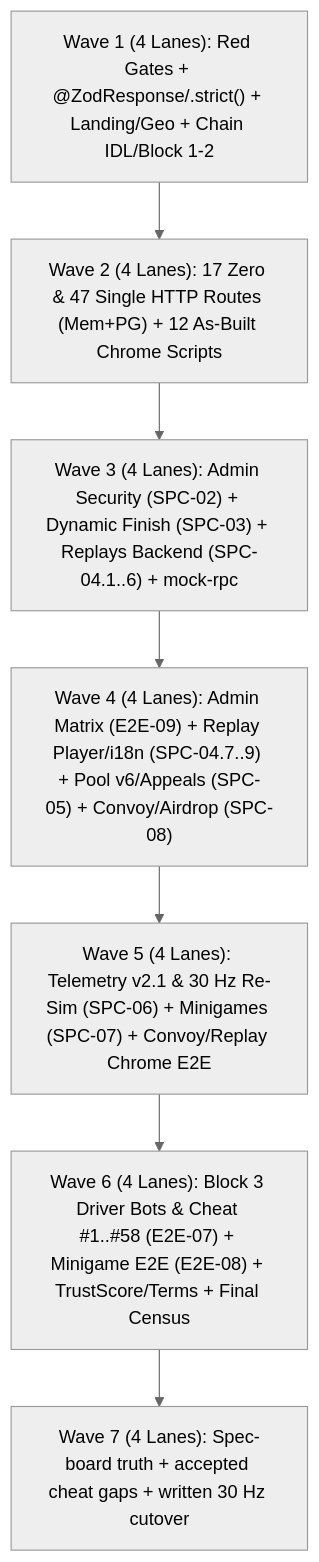
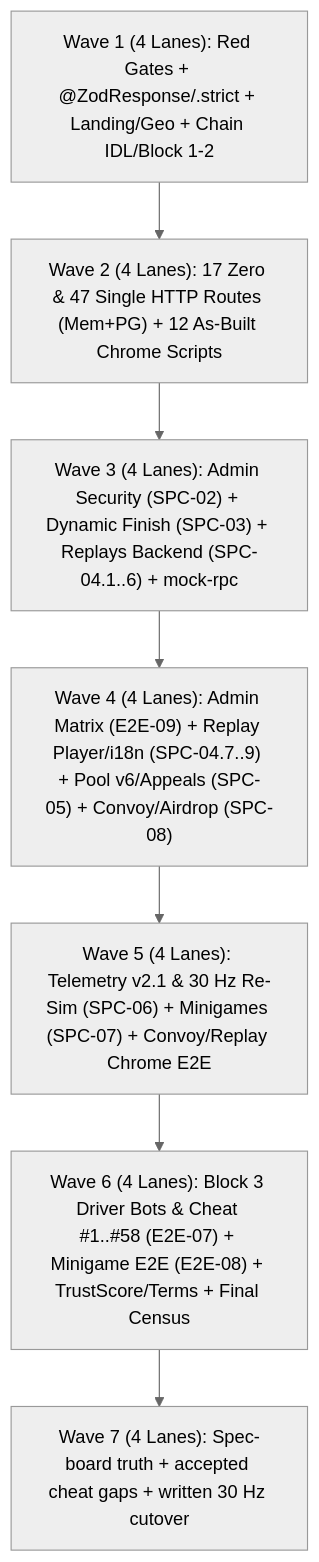
Before and after one commit to recferret-bit/freightchain: the diagram in docs/plan/EXECUTION_ORCHESTRATOR.md, drawn with Mermaid (neutral theme). The commit also changed other lines of this file and 94 other files, not shown here.

````diff
--- a/docs/plan/EXECUTION_ORCHESTRATOR.md
+++ b/docs/plan/EXECUTION_ORCHESTRATOR.md
@@ -54,9 +54,9 @@
 ```mermaid
 flowchart TD
-  W1["Wave 1 (4 Lanes): Red Gates + @ZodResponse/.strict() + Landing/Geo + Chain IDL/Block 1-2"] --> W2["Wave 2 (4 Lanes): 17 Zero & 47 Single HTTP Routes (Mem+PG) + 12 As-Built Chrome Scripts"]
-  W2 --> W3["Wave 3 (4 Lanes): Admin Security (SPC-02) + Dynamic Finish (SPC-03) + Replays Backend (SPC-04.1..6) + mock-rpc"]
-  W3 --> W4["Wave 4 (4 Lanes): Admin Matrix (E2E-09) + Replay Player/i18n (SPC-04.7..9) + Pool v6/Appeals (SPC-05) + Convoy/Airdrop (SPC-08)"]
-  W4 --> W5["Wave 5 (4 Lanes): Telemetry v2.1 & 30 Hz Re-Sim (SPC-06) + Minigames (SPC-07) + Convoy/Replay Chrome E2E"]
-  W5 --> W6["Wave 6 (4 Lanes): Block 3 Driver Bots & Cheat #1..#58 (E2E-07) + Minigame E2E (E2E-08) + TrustScore/Terms + Final Census"]
-  W6 --> W7["Wave 7 (4 Lanes): Spec-board truth + accepted cheat gaps + written 30 Hz cutover"]
+ W1["Wave 1 (4 Lanes): Red Gates + @ZodResponse/.strict + Landing/Geo + Chain IDL/Block 1-2"] --> W2["Wave 2 (4 Lanes): 17 Zero & 47 Single HTTP Routes (Mem+PG) + 12 As-Built Chrome Scripts"]
+ W2 --> W3["Wave 3 (4 Lanes): Admin Security (SPC-02) + Dynamic Finish (SPC-03) + Replays Backend (SPC-04.1..6) + mock-rpc"]
+ W3 --> W4["Wave 4 (4 Lanes): Admin Matrix (E2E-09) + Replay Player/i18n (SPC-04.7..9) + Pool v6/Appeals (SPC-05) + Convoy/Airdrop (SPC-08)"]
+ W4 --> W5["Wave 5 (4 Lanes): Telemetry v2.1 & 30 Hz Re-Sim (SPC-06) + Minigames (SPC-07) + Convoy/Replay Chrome E2E"]
+ W5 --> W6["Wave 6 (4 Lanes): Block 3 Driver Bots & Cheat #1..#58 (E2E-07) + Minigame E2E (E2E-08) + TrustScore/Terms + Final Census"]
+ W6 --> W7["Wave 7 (4 Lanes): Spec-board truth + accepted cheat gaps + written 30 Hz cutover"]
 ```
````
